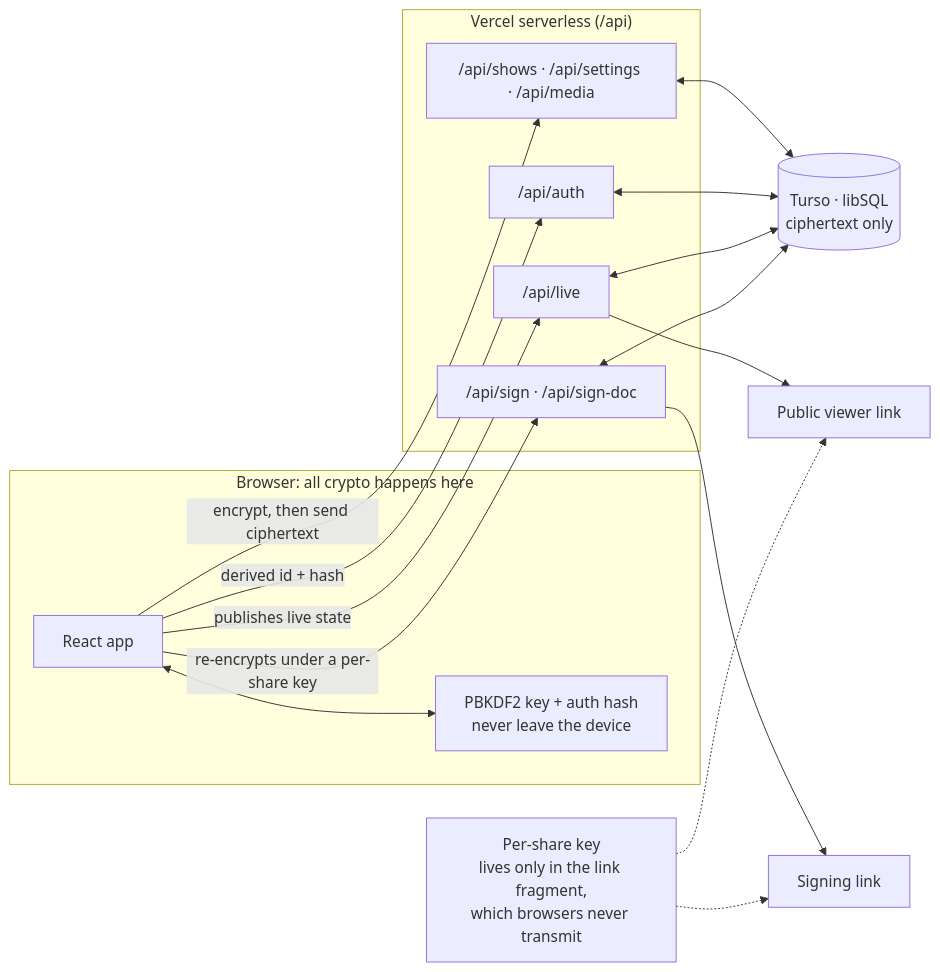
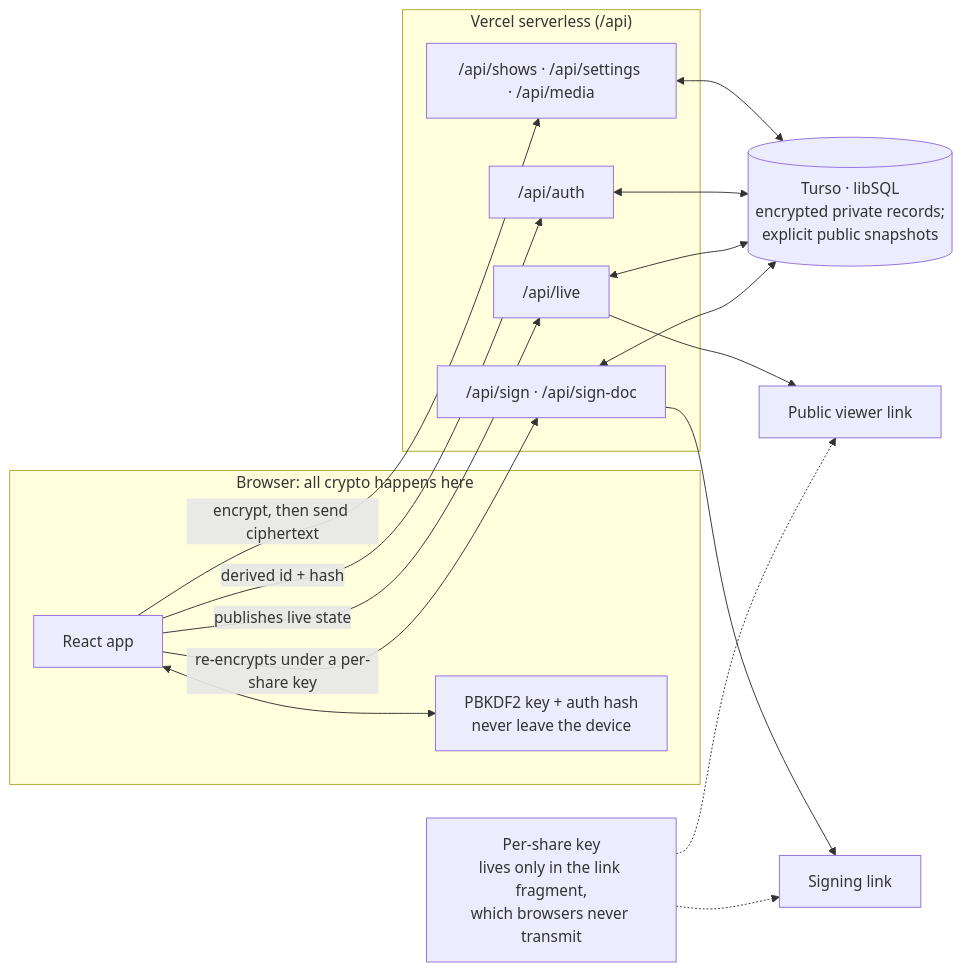
One commit to taylordrew4u2/Showrunner-ICanRunAShow changed the diagram in docs/ARCHITECTURE.md. Above: the diagram before and after it, drawn with Mermaid. The commit also changed other lines of this file and 15 other files, not shown here.

````diff
--- a/docs/ARCHITECTURE.md
+++ b/docs/ARCHITECTURE.md
@@ -51,33 +54,33 @@
 ```mermaid
 flowchart LR
     subgraph Browser["Browser: all crypto happens here"]
         UI["React app"]
         Key["PBKDF2 key + auth hash<br/>never leave the device"]
         UI <--> Key
     end
 
     subgraph Edge["Vercel serverless (/api)"]
         Auth["/api/auth"]
         Data["/api/shows · /api/settings · /api/media"]
         Live["/api/live"]
         Share["/api/sign · /api/sign-doc"]
     end
 
-    DB[("Turso · libSQL<br/>ciphertext only")]
+    DB[("Turso · libSQL<br/>encrypted private records;<br/>explicit public snapshots")]
     Viewer["Public viewer link"]
     Signer["Signing link"]
     ShareKey["Per-share key<br/>lives only in the link fragment,<br/>which browsers never transmit"]
 
     UI -- "encrypt, then send ciphertext" --> Data
     UI -- "derived id + hash" --> Auth
     UI -- "publishes live state" --> Live
     UI -- "re-encrypts under a per-share key" --> Share
     Data <--> DB
     Auth <--> DB
     Live <--> DB
     Share <--> DB
     Live --> Viewer
     Share --> Signer
     ShareKey -.-> Viewer
     ShareKey -.-> Signer
 ```
````
